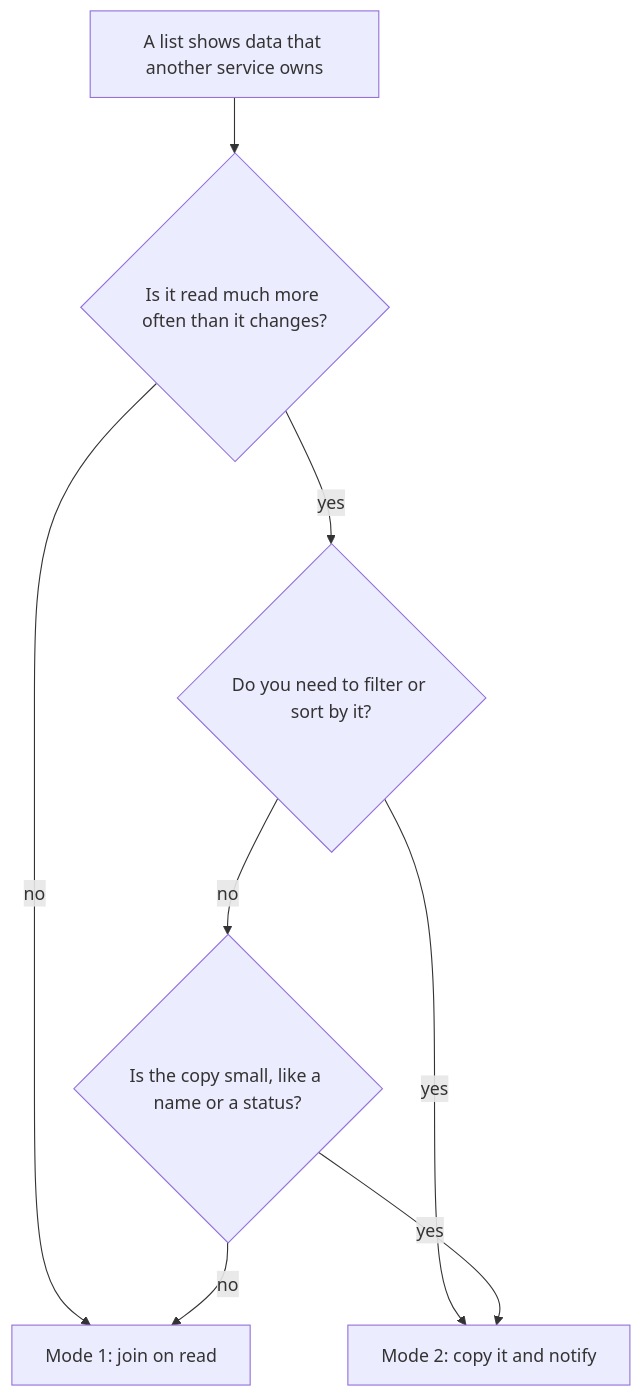
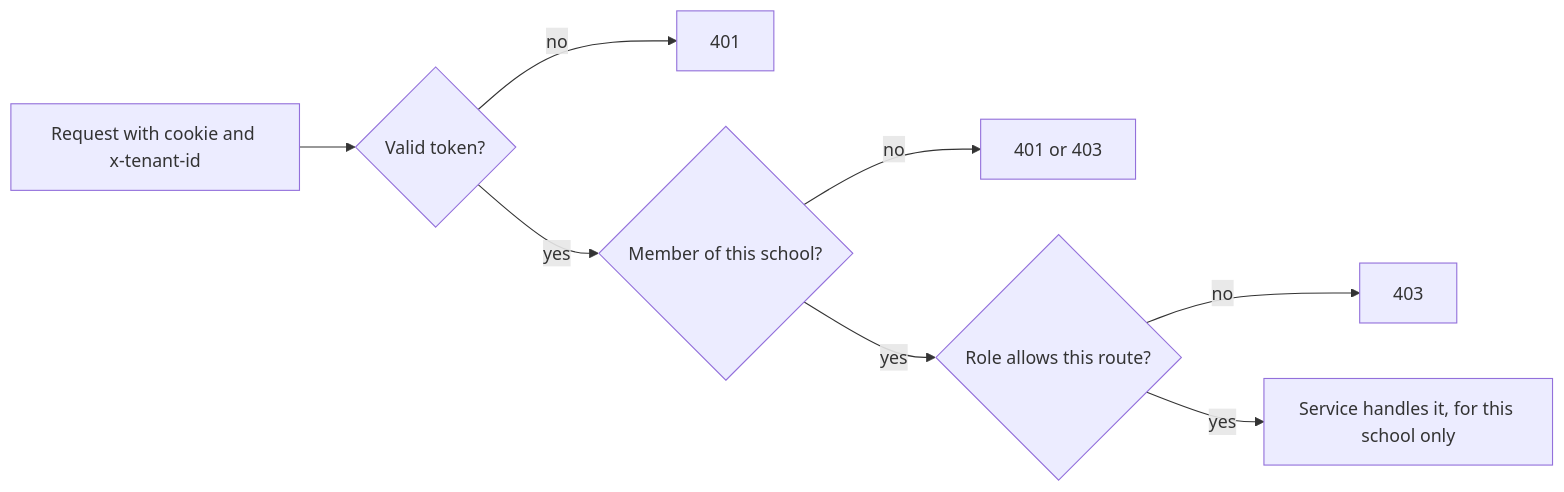
The seventh of 8 diagrams in README.md (herrcristi/small-nodejs-service), drawn with Mermaid before and after one commit. The commit also changed other lines of this file and 7 other files, not shown here.

````diff
--- a/README.md
+++ b/README.md
@@ -409,10 +204,10 @@
 ```mermaid
-flowchart TD
-  q0["A list shows data that another service owns"] --> q1{"Is it read much more often than it changes?"}
-  q1 -->|"no"| join["Mode 1: join on read"]
-  q1 -->|"yes"| q2{"Do you need to filter or sort by it?"}
-  q2 -->|"yes"| copy["Mode 2: copy it and notify"]
-  q2 -->|"no"| q3{"Is the copy small, like a name or a status?"}
-  q3 -->|"yes"| copy
-  q3 -->|"no"| join
+flowchart LR
+  r["Request with cookie and x-tenant-id"] --> t{"Valid token?"}
+  t -->|"no"| e1["401"]
+  t -->|"yes"| m{"Member of this school?"}
+  m -->|"no"| e2["401 or 403"]
+  m -->|"yes"| p{"Role allows this route?"}
+  p -->|"no"| e3["403"]
+  p -->|"yes"| s["Service handles it, for this school only"]
 ```
````
